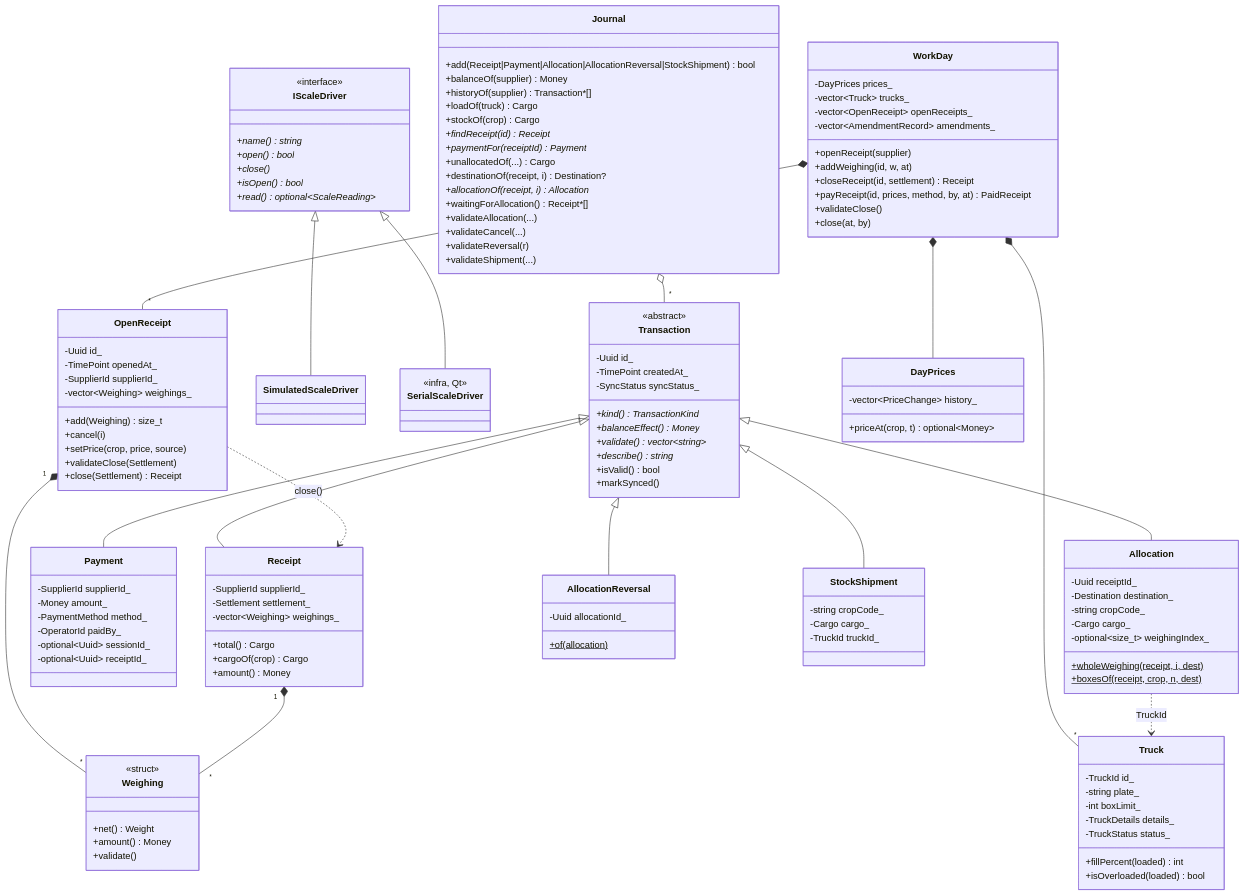
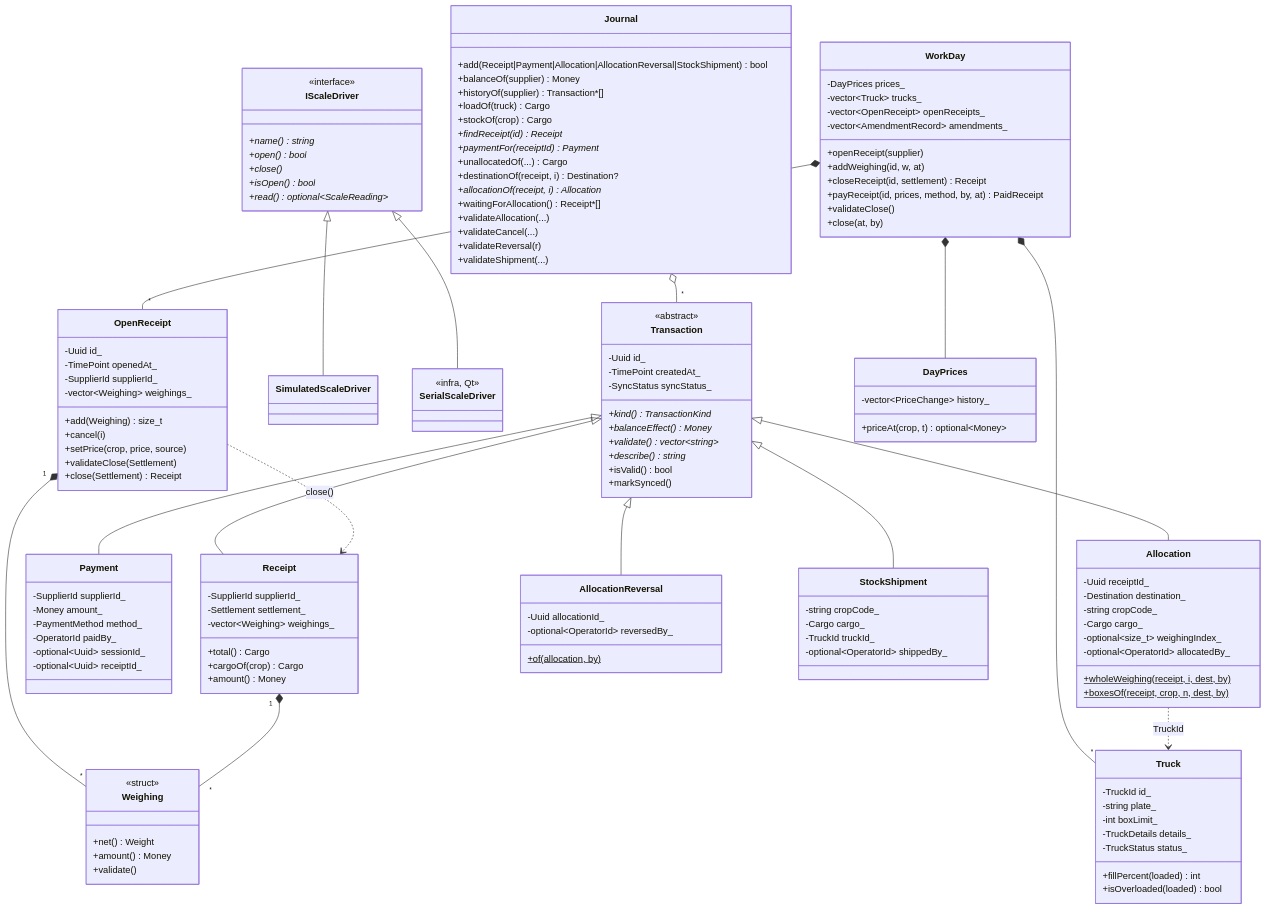
One commit to IsNazarii/Berry-WMS-Terminal changed the first of 3 diagrams in docs/domain.md. Above: the diagram before and after it, drawn with Mermaid. The commit also changed other lines of this file and 6 other files, not shown here.

```diff
--- a/docs/domain.md
+++ b/docs/domain.md
@@ -84,17 +84,20 @@
         -string cropCode_
         -Cargo cargo_
         -optional~size_t~ weighingIndex_
-        +wholeWeighing(receipt, i, dest)$
-        +boxesOf(receipt, crop, n, dest)$
+        -optional~OperatorId~ allocatedBy_
+        +wholeWeighing(receipt, i, dest, by)$
+        +boxesOf(receipt, crop, n, dest, by)$
     }
     class AllocationReversal {
         -Uuid allocationId_
-        +of(allocation)$
+        -optional~OperatorId~ reversedBy_
+        +of(allocation, by)$
     }
     class StockShipment {
         -string cropCode_
         -Cargo cargo_
         -TruckId truckId_
+        -optional~OperatorId~ shippedBy_
     }
     Transaction <|-- Receipt
     Transaction <|-- Payment
```
